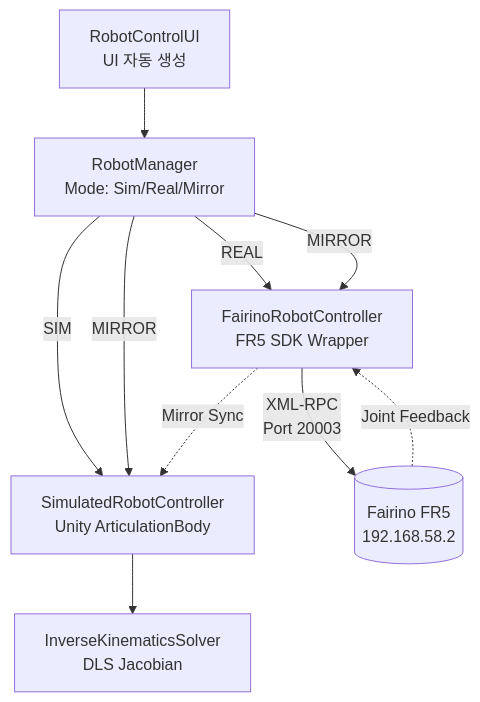
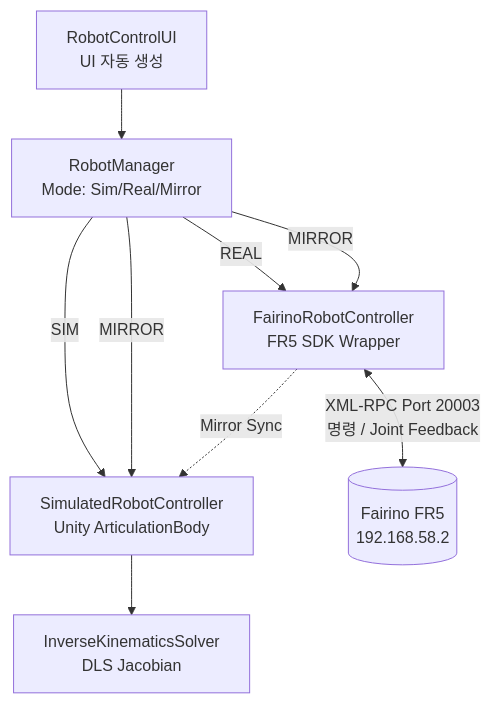
Before and after one commit to kimar1022-code/fairino-fr5-digital-twin: the diagram in README.md, drawn with Mermaid.

Commit message:
문서: 구조도가 GitHub에서 깨지던 문제 수정 (반대 방향 화살표를 양방향 하나로)

````diff
--- a/README.md
+++ b/README.md
@@ -35,19 +35,18 @@
 ```mermaid
 flowchart TD
     UI[RobotControlUI<br/>UI 자동 생성]
     Mgr[RobotManager<br/>Mode: Sim/Real/Mirror]
     Sim[SimulatedRobotController<br/>Unity ArticulationBody]
     Real[FairinoRobotController<br/>FR5 SDK Wrapper]
     IK[InverseKinematicsSolver<br/>DLS Jacobian]
     Robot[(Fairino FR5<br/>192.168.58.2)]
 
     UI --> Mgr
     Mgr -->|SIM| Sim
     Mgr -->|REAL| Real
     Mgr -->|MIRROR| Sim
     Mgr -->|MIRROR| Real
     Sim --> IK
-    Real -->|XML-RPC<br/>Port 20003| Robot
-    Robot -.->|Joint Feedback| Real
+    Real <-->|"XML-RPC Port 20003<br/>명령 / Joint Feedback"| Robot
     Real -.->|Mirror Sync| Sim
 ```
````
